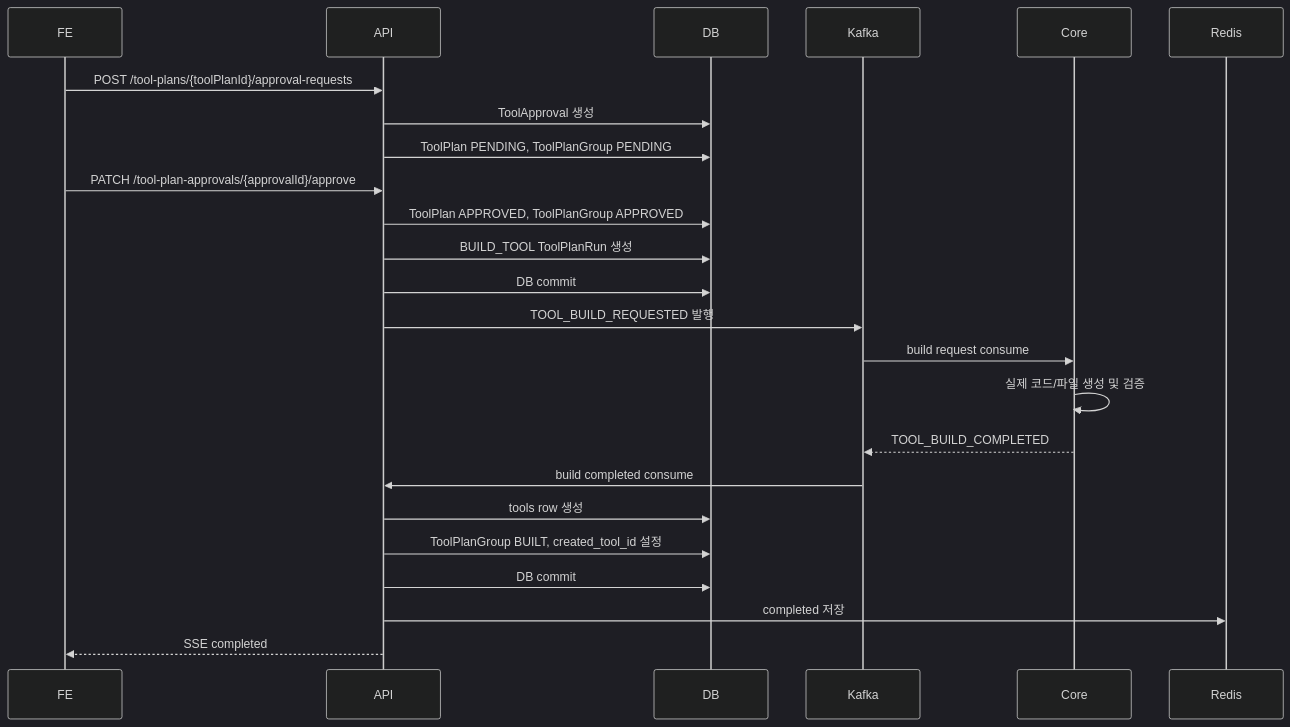
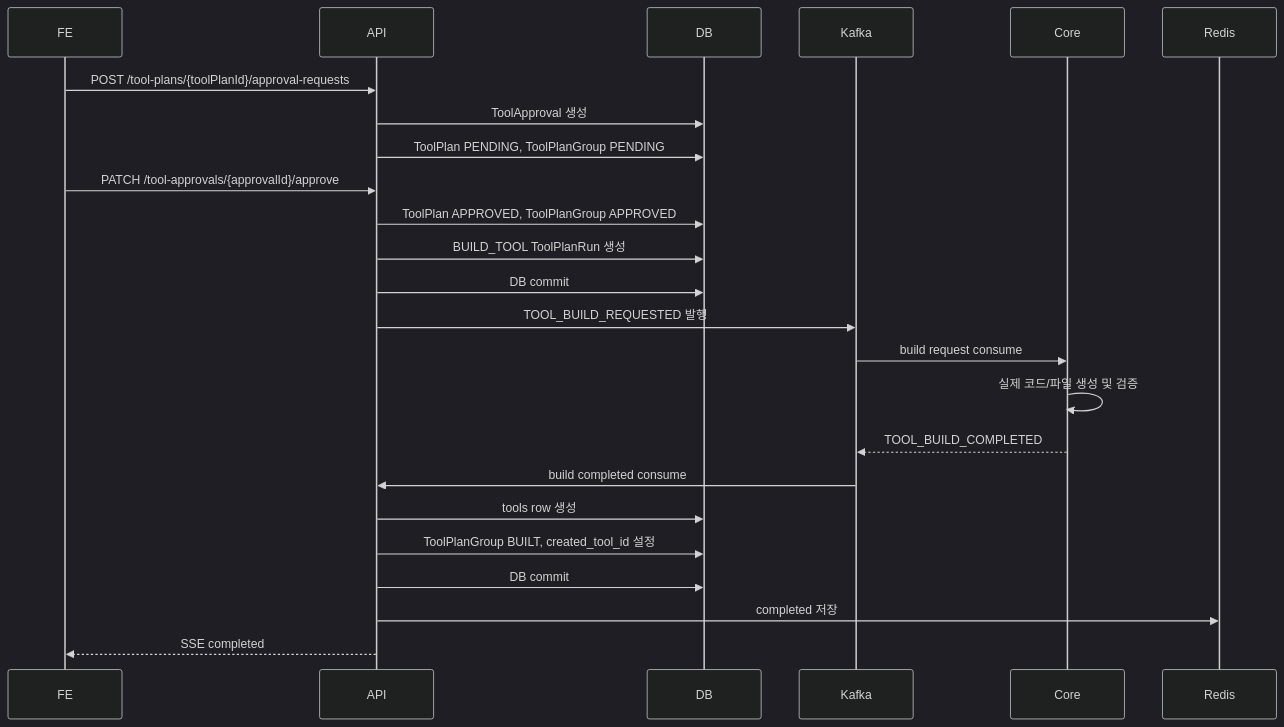
Before and after one commit to 5starss/theseus: the second of 2 diagrams in docs/architecture/tool-execution-flow.md, drawn with Mermaid (dark theme). The commit also changed 9 other files, not shown here.

Commit message:
S14P31A308-284 [fix]: ToolPlan 승인 상세 및 API 문서 정합성 수정

````diff
--- a/docs/architecture/tool-execution-flow.md
+++ b/docs/architecture/tool-execution-flow.md
@@ -189,29 +189,29 @@
 ```mermaid
 sequenceDiagram
     participant FE
     participant API
     participant DB
     participant Kafka
     participant Core
     participant Redis
 
     FE->>API: POST /tool-plans/{toolPlanId}/approval-requests
     API->>DB: ToolApproval 생성
     API->>DB: ToolPlan PENDING, ToolPlanGroup PENDING
 
-    FE->>API: PATCH /tool-plan-approvals/{approvalId}/approve
+    FE->>API: PATCH /tool-approvals/{approvalId}/approve
     API->>DB: ToolPlan APPROVED, ToolPlanGroup APPROVED
     API->>DB: BUILD_TOOL ToolPlanRun 생성
     API->>DB: DB commit
     API->>Kafka: TOOL_BUILD_REQUESTED 발행
 
     Kafka->>Core: build request consume
     Core->>Core: 실제 코드/파일 생성 및 검증
     Core-->>Kafka: TOOL_BUILD_COMPLETED
     Kafka->>API: build completed consume
     API->>DB: tools row 생성
     API->>DB: ToolPlanGroup BUILT, created_tool_id 설정
     API->>DB: DB commit
     API->>Redis: completed 저장
     API-->>FE: SSE completed
 ```
````
